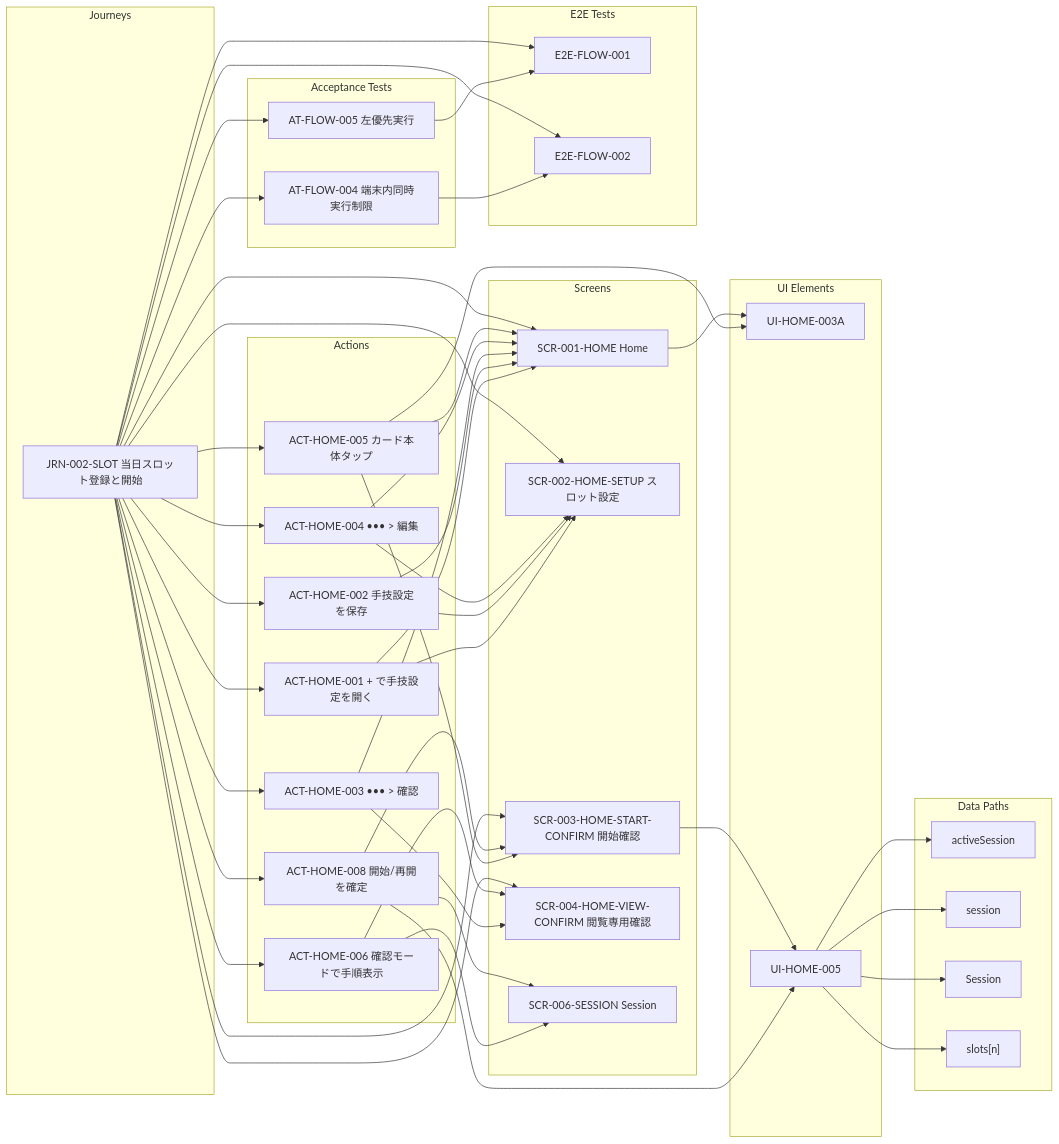
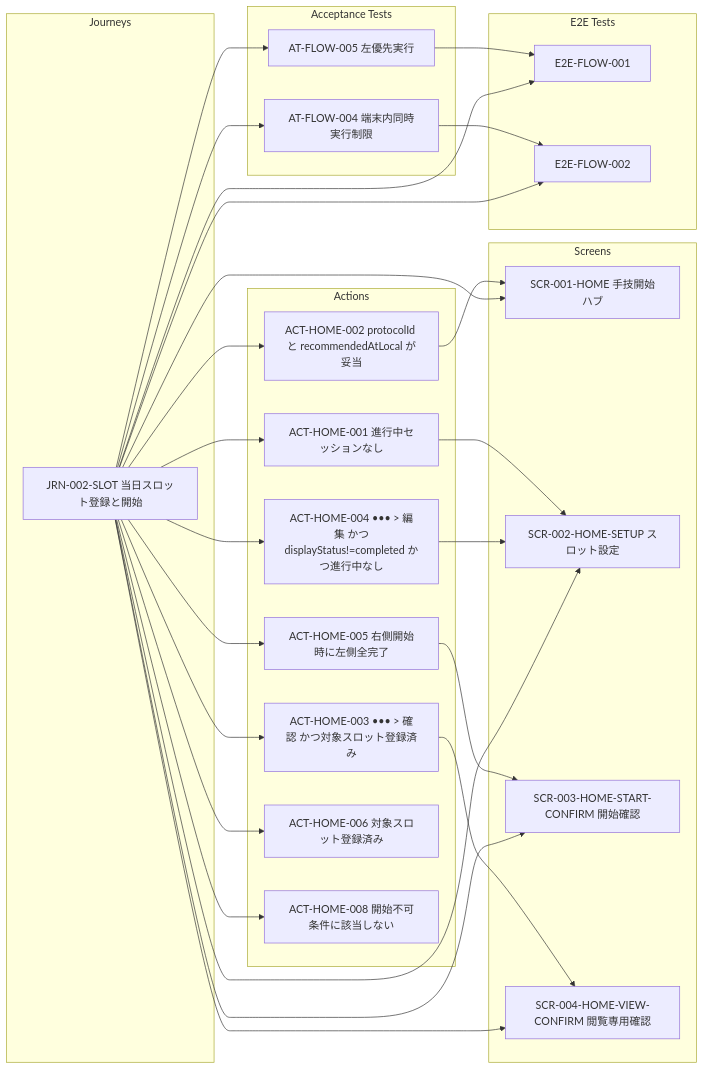
One commit to h-sakanet/capd_navi changed the diagram in docs/generated/screens/SCR-003-HOME-START-CONFIRM.md. Above: the diagram before and after it, drawn with Mermaid. The commit also changed 475 other files, not shown here.

````diff
--- a/docs/generated/screens/SCR-003-HOME-START-CONFIRM.md
+++ b/docs/generated/screens/SCR-003-HOME-START-CONFIRM.md
@@ -3,80 +3,52 @@
 ```mermaid
 flowchart LR
   %% SCR-003-HOME-START-CONFIRM
   subgraph JRN["Journeys"]
-    N16["JRN-002-SLOT 当日スロット登録と開始"]
+    N12["JRN-002-SLOT 当日スロット登録と開始"]
   end
   subgraph ACT["Actions"]
-    N1["ACT-HOME-001 + で手技設定を開く"]
-    N2["ACT-HOME-002 手技設定を保存"]
-    N3["ACT-HOME-003 ••• > 確認"]
-    N4["ACT-HOME-004 ••• > 編集"]
-    N5["ACT-HOME-005 カード本体タップ"]
-    N6["ACT-HOME-006 確認モードで手順表示"]
-    N7["ACT-HOME-008 開始/再開を確定"]
+    N1["ACT-HOME-001 進行中セッションなし"]
+    N2["ACT-HOME-002 protocolId と recommendedAtLocal が妥当"]
+    N3["ACT-HOME-003 ••• > 確認 かつ対象スロット登録済み"]
+    N4["ACT-HOME-004 ••• > 編集 かつdisplayStatus!=completed かつ進行中なし"]
+    N5["ACT-HOME-005 右側開始時に左側全完了"]
+    N6["ACT-HOME-006 対象スロット登録済み"]
+    N7["ACT-HOME-008 開始不可条件に該当しない"]
   end
   subgraph SCR["Screens"]
-    N17["SCR-001-HOME Home"]
-    N18["SCR-002-HOME-SETUP スロット設定"]
-    N19["SCR-003-HOME-START-CONFIRM 開始確認"]
-    N20["SCR-004-HOME-VIEW-CONFIRM 閲覧専用確認"]
-    N21["SCR-006-SESSION Session"]
-  end
-  subgraph UI["UI Elements"]
-    N22["UI-HOME-003A"]
-    N23["UI-HOME-005"]
+    N13["SCR-001-HOME 手技開始ハブ"]
+    N14["SCR-002-HOME-SETUP スロット設定"]
+    N15["SCR-003-HOME-START-CONFIRM 開始確認"]
+    N16["SCR-004-HOME-VIEW-CONFIRM 閲覧専用確認"]
   end
   subgraph AT["Acceptance Tests"]
     N8["AT-FLOW-004 端末内同時実行制限"]
     N9["AT-FLOW-005 左優先実行"]
   end
   subgraph E2E["E2E Tests"]
-    N14["E2E-FLOW-001"]
-    N15["E2E-FLOW-002"]
+    N10["E2E-FLOW-001"]
+    N11["E2E-FLOW-002"]
   end
-  subgraph DATA["Data Paths"]
-    N10["activeSession"]
-    N11["session"]
-    N12["Session"]
-    N13["slots[n]"]
-  end
-  N1 --> N17
-  N1 --> N18
-  N2 --> N17
-  N2 --> N18
-  N3 --> N17
-  N3 --> N20
-  N4 --> N17
-  N4 --> N18
-  N5 --> N17
-  N5 --> N19
-  N5 --> N22
-  N6 --> N20
-  N6 --> N21
-  N7 --> N19
-  N7 --> N21
-  N7 --> N23
-  N8 --> N15
-  N9 --> N14
-  N16 --> N1
-  N16 --> N2
-  N16 --> N3
-  N16 --> N4
-  N16 --> N5
-  N16 --> N6
-  N16 --> N7
-  N16 --> N8
-  N16 --> N9
-  N16 --> N14
-  N16 --> N15
-  N16 --> N17
-  N16 --> N18
-  N16 --> N19
-  N16 --> N20
-  N17 --> N22
-  N19 --> N23
-  N23 --> N10
-  N23 --> N11
-  N23 --> N12
-  N23 --> N13
+  N1 --> N14
+  N2 --> N13
+  N3 --> N16
+  N4 --> N14
+  N5 --> N15
+  N8 --> N11
+  N9 --> N10
+  N12 --> N1
+  N12 --> N2
+  N12 --> N3
+  N12 --> N4
+  N12 --> N5
+  N12 --> N6
+  N12 --> N7
+  N12 --> N8
+  N12 --> N9
+  N12 --> N10
+  N12 --> N11
+  N12 --> N13
+  N12 --> N14
+  N12 --> N15
+  N12 --> N16
 ```
````
